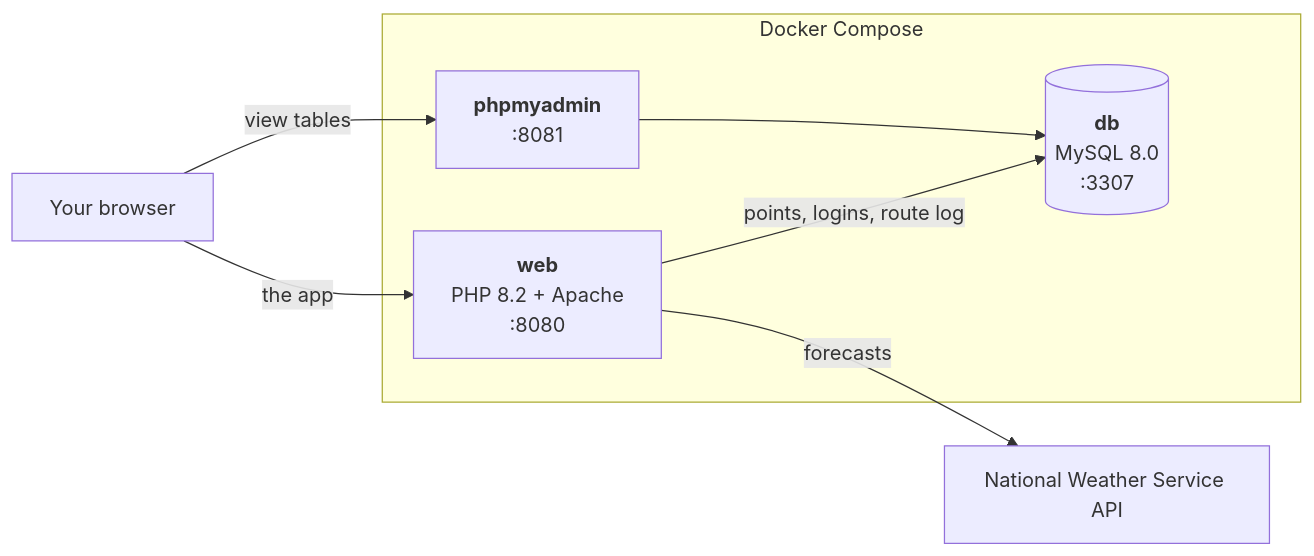
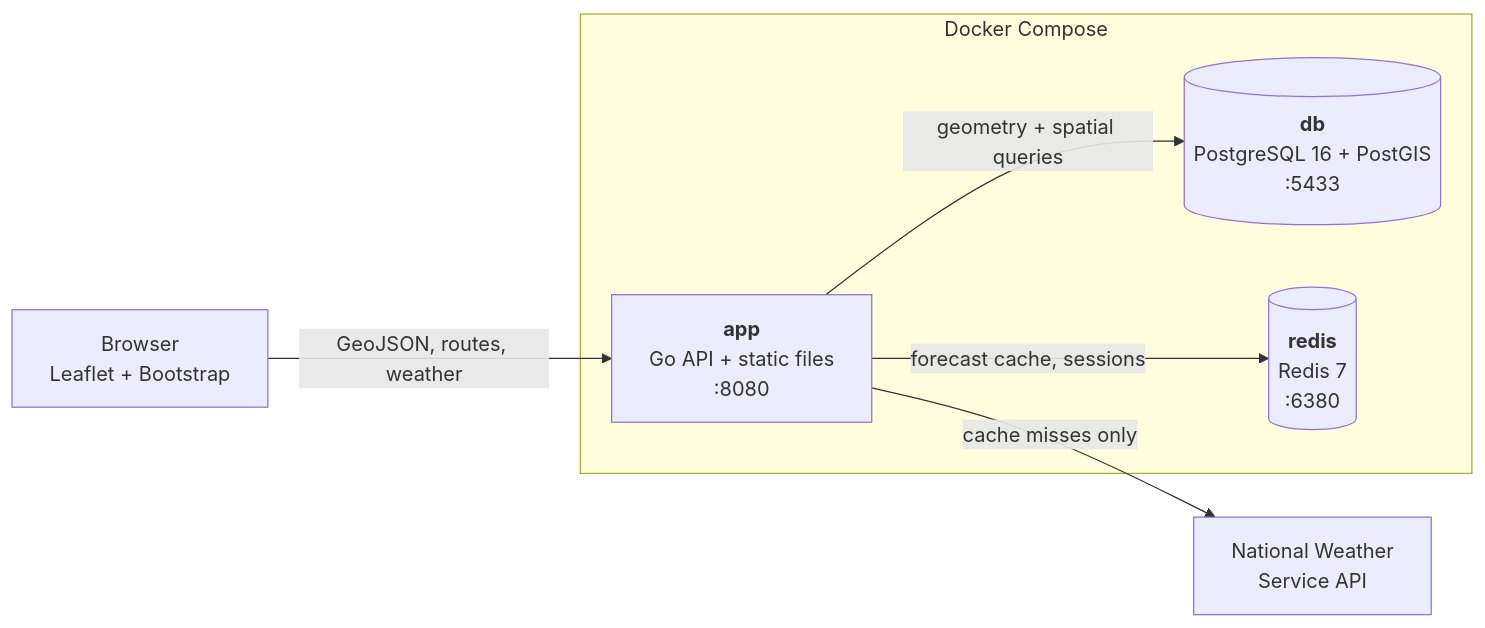
Before and after one commit to DefNotXavier/WeatherApp: the diagram in README.md, drawn with Mermaid. The commit also changed other lines of this file and 50 other files, not shown here.

First line of the commit message:
Rewrite backend in Go with PostGIS and Redis

````diff
--- a/README.md
+++ b/README.md
@@ -115,17 +30,16 @@
 ```mermaid
 flowchart LR
-    browser["Your browser"]
-    nws["National Weather Service API"]
+    browser["Browser<br/>Leaflet + Bootstrap"]
+    nws["National Weather<br/>Service API"]
 
     subgraph docker["Docker Compose"]
-        web["<b>web</b><br/>PHP 8.2 + Apache<br/>:8080"]
-        db[("<b>db</b><br/>MySQL 8.0<br/>:3307")]
-        pma["<b>phpmyadmin</b><br/>:8081"]
+        app["<b>app</b><br/>Go API + static files<br/>:8080"]
+        db[("<b>db</b><br/>PostgreSQL 16 + PostGIS<br/>:5433")]
+        redis[("<b>redis</b><br/>Redis 7<br/>:6380")]
     end
 
-    browser -- "the app" --> web
-    browser -- "view tables" --> pma
-    web -- "points, logins, route log" --> db
-    pma --> db
-    web -- "forecasts" --> nws
+    browser -- "GeoJSON, routes, weather" --> app
+    app -- "geometry + spatial queries" --> db
+    app -- "forecast cache, sessions" --> redis
+    app -- "cache misses only" --> nws
 ```
````
